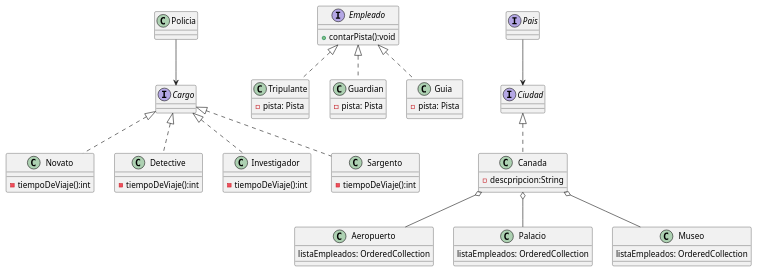
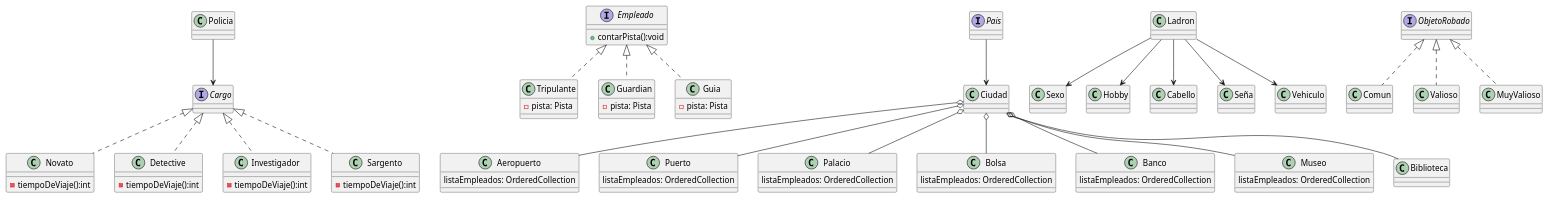
Before and after one commit to arilow/Algo3_TP2: the diagram in diagrams/classes/AlgoThief_Diagrama_Clase_UML.puml, drawn with PlantUML.

Commit message:
Propuesta de Diagrama de Clases versión 0.2

```diff
--- a/diagrams/classes/AlgoThief_Diagrama_Clase_UML.puml
+++ b/diagrams/classes/AlgoThief_Diagrama_Clase_UML.puml
@@ -1,68 +1,109 @@
 @startuml
 class Policia{}
 
 interface Cargo{}
 class Novato{
     -tiempoDeViaje():int
 }
 class Detective{
     -tiempoDeViaje():int
 }
 class Investigador{
     -tiempoDeViaje():int
 }
 class Sargento{
     -tiempoDeViaje():int
 }
 
 
 interface Empleado{
     +contarPista():void
 }
 class Tripulante{
     -pista: Pista
 }
 class Guardian{
     -pista: Pista
 }
 class Guia{
     -pista: Pista
 }
-
-interface Ciudad{
-}
 interface Pais{
 }
-class Canada{
-    -descpripcion:String
+class Ciudad{
 }
+
 class Aeropuerto
 {
     listaEmpleados: OrderedCollection
 }
+class Puerto
+{
+    listaEmpleados: OrderedCollection
+}
 class Palacio
+{
+    listaEmpleados: OrderedCollection
+}
+class Bolsa
+{
+    listaEmpleados: OrderedCollection
+}
+class Banco
 {
     listaEmpleados: OrderedCollection
 }
 class Museo
 {
     listaEmpleados: OrderedCollection
 }
 
 Policia --> Cargo
 Pais --> Ciudad
-class Canada implements Ciudad
 class Novato implements Cargo
 class Detective implements Cargo
 class Investigador implements Cargo
 class Sargento  implements Cargo
 
 class Tripulante implements Empleado
 class Guardian implements Empleado
 class Guia implements Empleado
 
-Canada o-- Aeropuerto
-Canada o-- Museo
-Canada o-- Palacio
+Ciudad o-- Aeropuerto
+Ciudad o-- Puerto
+Ciudad o-- Biblioteca
+Ciudad o-- Palacio
+Ciudad o-- Bolsa
+Ciudad o-- Banco
+Ciudad o-- Museo
 
+
+class Ladron{
+
+}
+class Sexo{
+}
+
+
+Ladron --> Sexo
+Ladron --> Hobby
+Ladron --> Cabello
+Ladron --> Seña
+Ladron --> Vehiculo
+
+interface ObjetoRobado
+{
+}
+class Comun
+{
+}
+class Valioso
+{
+}
+class MuyValioso
+{
+}
+class Comun implements ObjetoRobado
+class Valioso implements ObjetoRobado
+class MuyValioso implements ObjetoRobado
 @enduml
```
